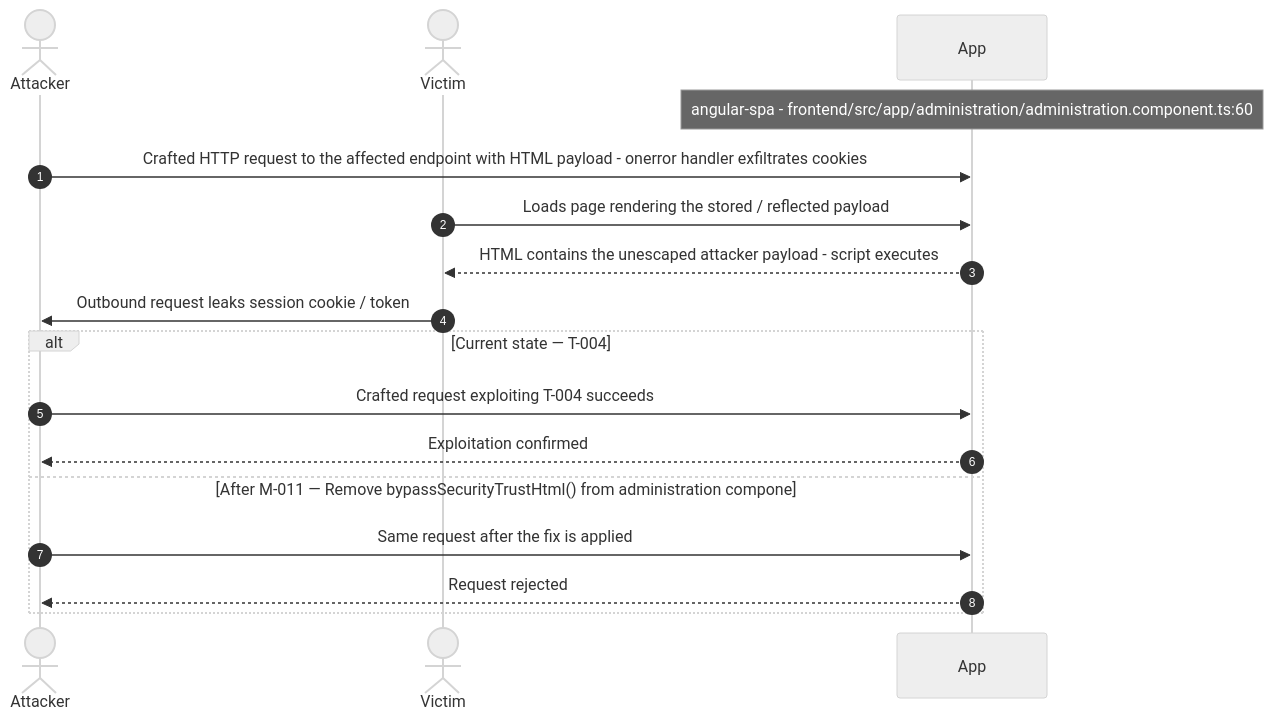
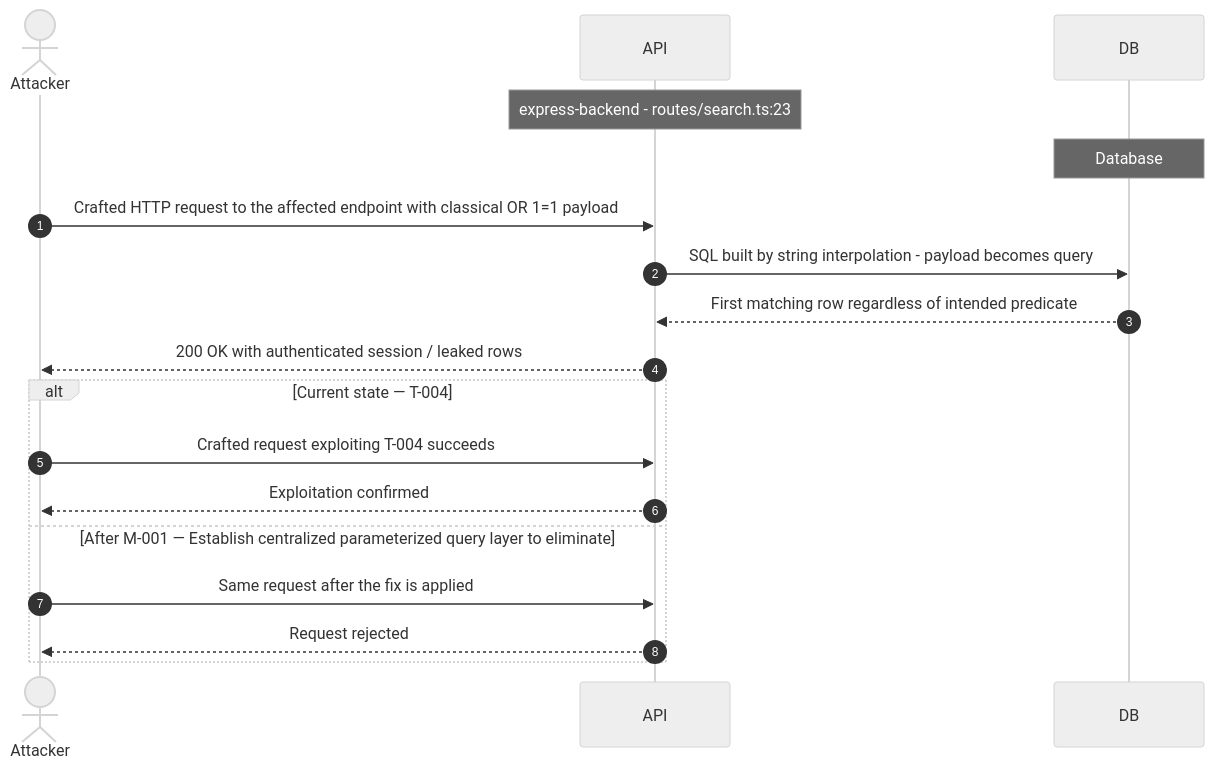
Diagram 11 of 18 in examples/threat-modeler/threat-model-juice-shop-standard.md (appsec-foundry/appsec-advisor), drawn with Mermaid (neutral theme) before and after one commit. The commit also changed other lines of this file and 44 other files, not shown here.

````diff
--- a/examples/threat-modeler/threat-model-juice-shop-standard.md
+++ b/examples/threat-modeler/threat-model-juice-shop-standard.md
@@ -636,19 +622,20 @@
 ```mermaid
 sequenceDiagram
     autonumber
     actor Attacker
-    actor Victim
-    participant App
-    Note over App: angular-spa - frontend/src/app/administration/administration.component.ts:60
-    Attacker->>App: Crafted HTTP request to the affected endpoint with HTML payload - onerror handler exfiltrates cookies
-    Victim->>App: Loads page rendering the stored / reflected payload
-    App-->>Victim: HTML contains the unescaped attacker payload - script executes
-    Victim->>Attacker: Outbound request leaks session cookie / token
+    participant API
+    participant DB
+    Note over API: express-backend - routes/search.ts:23
+    Note over DB: Database
+    Attacker->>API: Crafted HTTP request to the affected endpoint with classical OR 1=1 payload
+    API->>DB: SQL built by string interpolation - payload becomes query
+    DB-->>API: First matching row regardless of intended predicate
+    API-->>Attacker: 200 OK with authenticated session / leaked rows
     alt Current state — T-004
-        Attacker->>App: Crafted request exploiting T-004 succeeds
-        App-->>Attacker: Exploitation confirmed
-    else After M-011 — Remove bypassSecurityTrustHtml() from administration compone
-        Attacker->>App: Same request after the fix is applied
-        App-->>Attacker: Request rejected
+        Attacker->>API: Crafted request exploiting T-004 succeeds
+        API-->>Attacker: Exploitation confirmed
+    else After M-001 — Establish centralized parameterized query layer to eliminate
+        Attacker->>API: Same request after the fix is applied
+        API-->>Attacker: Request rejected
     end
 ```
````
